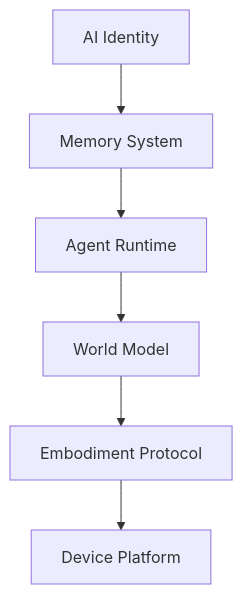
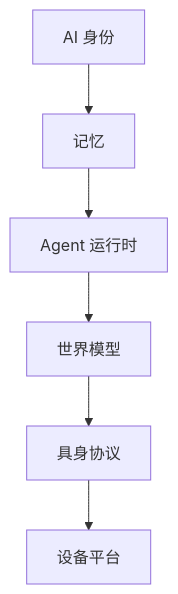
The second of 12 diagrams in product/产品愿景与总纲.md (ayane-ai/ayane-docs), drawn with Mermaid before and after one commit. The commit also changed other lines of this file and 8 other files, not shown here.

````diff
--- a/product/产品愿景与总纲.md
+++ b/product/产品愿景与总纲.md
@@ -65,8 +65,8 @@
 ```mermaid
 flowchart TD
-    identity["AI Identity"] --> memory["Memory System"]
-    memory --> runtime["Agent Runtime"]
-    runtime --> world["World Model"]
-    world --> embodiment["Embodiment Protocol"]
-    embodiment --> device["Device Platform"]
+    identity["AI 身份"] --> memory["记忆"]
+    memory --> runtime["Agent 运行时"]
+    runtime --> world["世界模型"]
+    world --> embodiment["具身协议"]
+    embodiment --> device["设备平台"]
 ```
````
